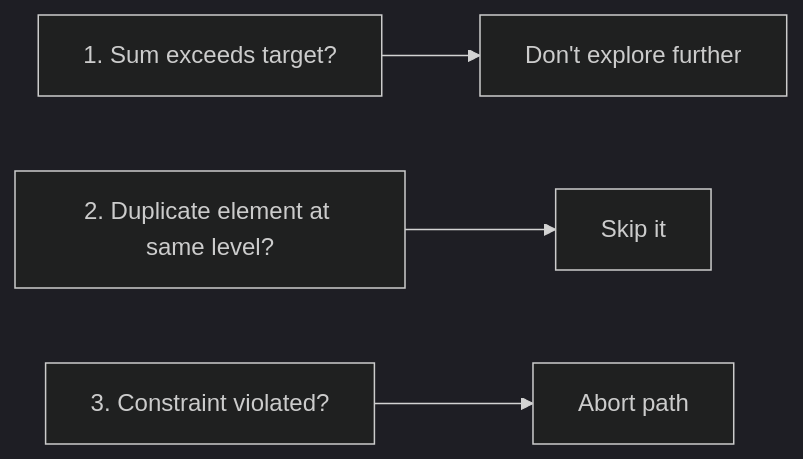
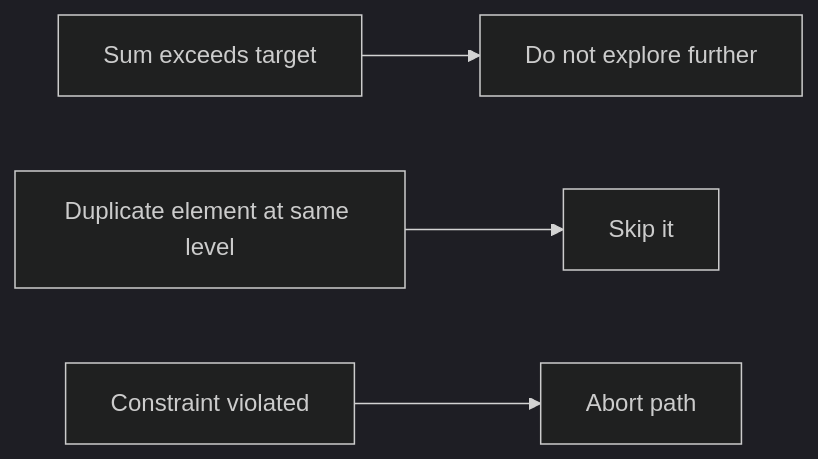
The tenth of 13 diagrams in 14_Mental_Models/01_Recursion_Tree_Thinking.md (SaiHarsha502vvit/Daily-Prep), drawn with Mermaid (dark theme) before and after one commit. The commit also changed other lines of this file and 371 other files, not shown here.

Commit message:
docs: refine flow blocks and readability across prep notes

````diff
--- a/14_Mental_Models/01_Recursion_Tree_Thinking.md
+++ b/14_Mental_Models/01_Recursion_Tree_Thinking.md
@@ -520,12 +503,12 @@
 ```mermaid
 flowchart LR
-    N1["1. Sum exceeds target?"]
-    N2["Don't explore further"]
-    N3["2. Duplicate element at same level?"]
+    N1["Sum exceeds target"]
+    N2["Do not explore further"]
+    N3["Duplicate element at same level"]
     N4["Skip it"]
-    N5["3. Constraint violated?"]
+    N5["Constraint violated"]
     N6["Abort path"]
     N1 --> N2
     N3 --> N4
     N5 --> N6
 ```
````
